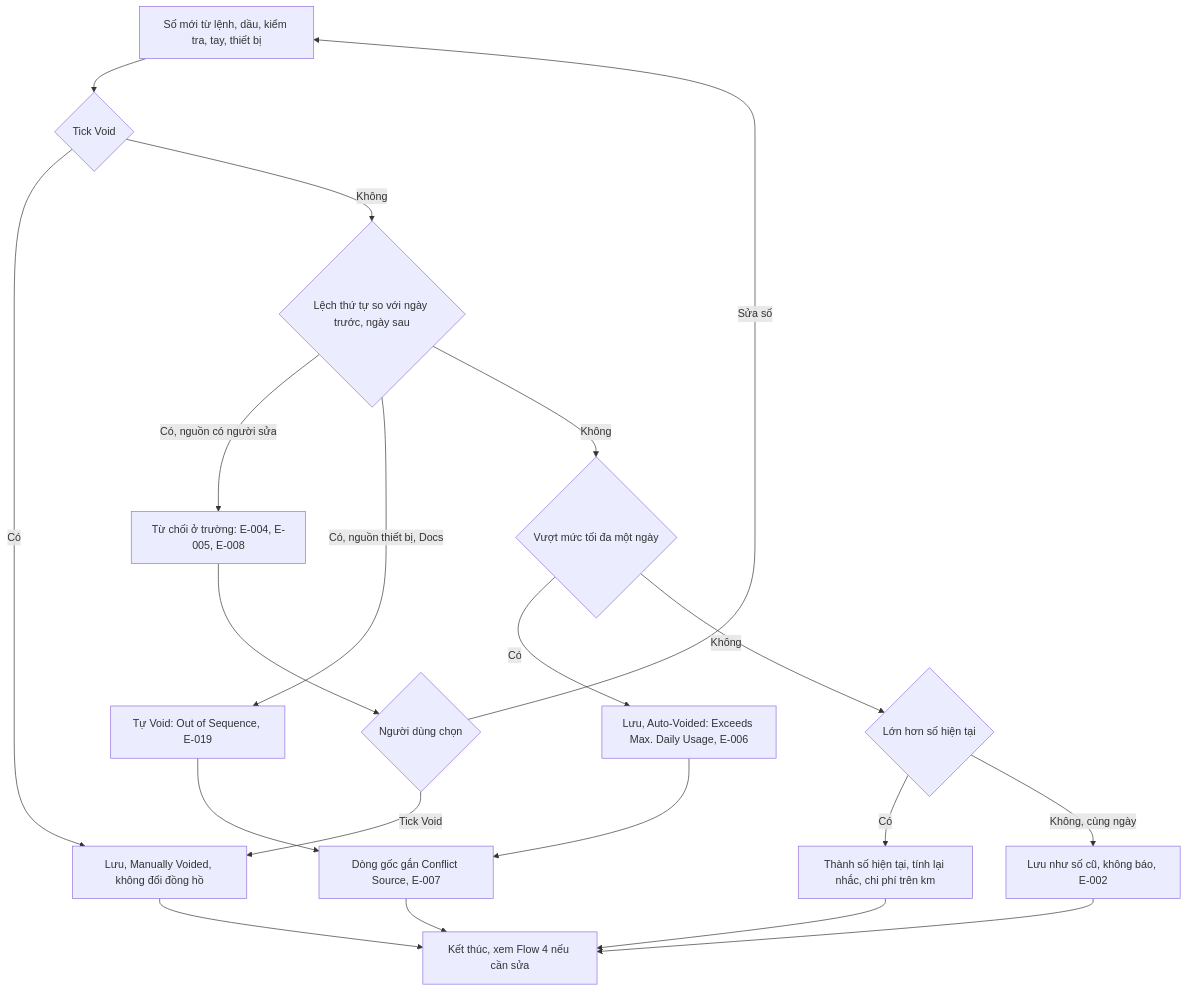
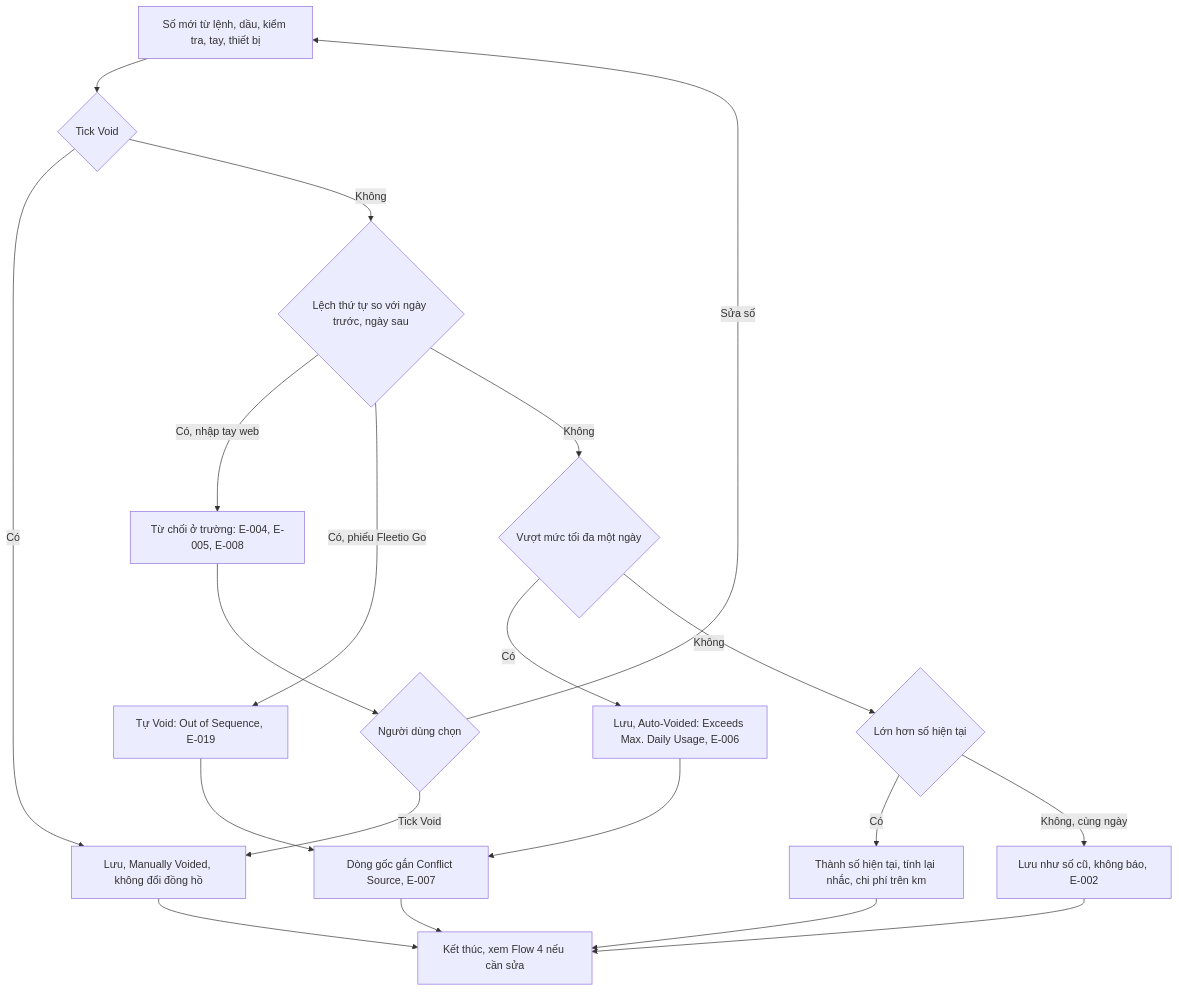
The third of 16 diagrams in docs/_research/fleetio/srs/fleetio-vehicle-flows.md (szitphan/invlogis), drawn with Mermaid before and after one commit. The commit also changed other lines of this file and 113 other files, not shown here.

````diff
--- a/docs/_research/fleetio/srs/fleetio-vehicle-flows.md
+++ b/docs/_research/fleetio/srs/fleetio-vehicle-flows.md
@@ -62,22 +62,22 @@
 ```mermaid
 flowchart TD
     A["Số mới từ lệnh, dầu, kiểm tra, tay, thiết bị"] --> V{"Tick Void"}
     V -->|"Có"| MV["Lưu, Manually Voided, không đổi đồng hồ"]
     V -->|"Không"| B{"Lệch thứ tự so với ngày trước, ngày sau"}
-    B -->|"Có, nguồn có người sửa"| R["Từ chối ở trường: E-004, E-005, E-008"]
+    B -->|"Có, nhập tay web"| R["Từ chối ở trường: E-004, E-005, E-008"]
     R --> R2{"Người dùng chọn"}
     R2 -->|"Sửa số"| A
     R2 -->|"Tick Void"| MV
-    B -->|"Có, nguồn thiết bị, Docs"| OS["Tự Void: Out of Sequence, E-019"]
+    B -->|"Có, phiếu Fleetio Go"| OS["Tự Void: Out of Sequence, E-019"]
     B -->|"Không"| C{"Vượt mức tối đa một ngày"}
     C -->|"Có"| AV["Lưu, Auto-Voided: Exceeds Max. Daily Usage, E-006"]
     AV --> CS["Dòng gốc gắn Conflict Source, E-007"]
     C -->|"Không"| D{"Lớn hơn số hiện tại"}
     D -->|"Có"| G["Thành số hiện tại, tính lại nhắc, chi phí trên km"]
     D -->|"Không, cùng ngày"| H["Lưu như số cũ, không báo, E-002"]
     OS --> CS
     CS --> K["Kết thúc, xem Flow 4 nếu cần sửa"]
     MV --> K
     G --> K
     H --> K
 ```
````
